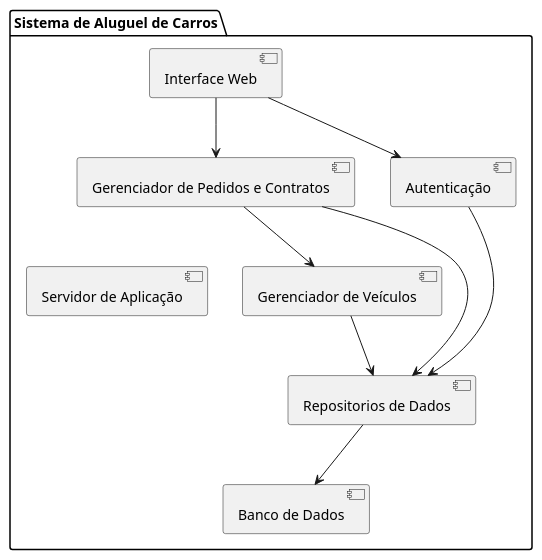
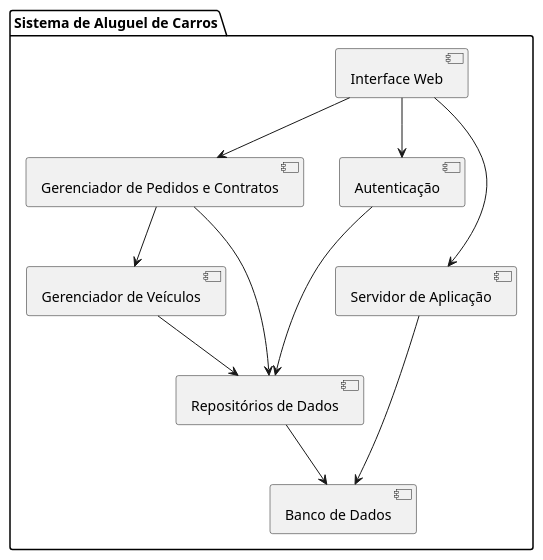
One commit to diascw/sistema-aluguel-de-carros changed the diagram in projeto/Diagramas/diagrama-de-componentes.puml. Above: the diagram before and after it, drawn with PlantUML. The commit also changed 3 other files, not shown here.

Commit message:
atualização dos diagramas

```diff
--- a/projeto/Diagramas/diagrama-de-componentes.puml
+++ b/projeto/Diagramas/diagrama-de-componentes.puml
@@ -1,22 +1,20 @@
 @startuml
 
 package "Sistema de Aluguel de Carros" {
 
-    [Interface Web] -[hidden]-> [Servidor de Aplicação]
-    [Servidor de Aplicação] -[hidden]-> [Banco de Dados]
-    
     [Interface Web] --> [Gerenciador de Pedidos e Contratos]
     [Interface Web] --> [Autenticação]
     
     [Gerenciador de Pedidos e Contratos] --> [Gerenciador de Veículos]
-    [Gerenciador de Pedidos e Contratos] --> [Repositorios de Dados]
+    [Gerenciador de Pedidos e Contratos] --> [Repositórios de Dados]
 
-    [Autenticação] --> [Repositorios de Dados]
+    [Autenticação] --> [Repositórios de Dados]
+    [Gerenciador de Veículos] --> [Repositórios de Dados]
+    [Repositórios de Dados] --> [Banco de Dados]
 
-    [Gerenciador de Veículos] --> [Repositorios de Dados]
-
-    [Repositorios de Dados] --> [Banco de Dados]
+    [Interface Web] --> [Servidor de Aplicação]
+    [Servidor de Aplicação] --> [Banco de Dados]
 
 }
 
 @enduml
```
